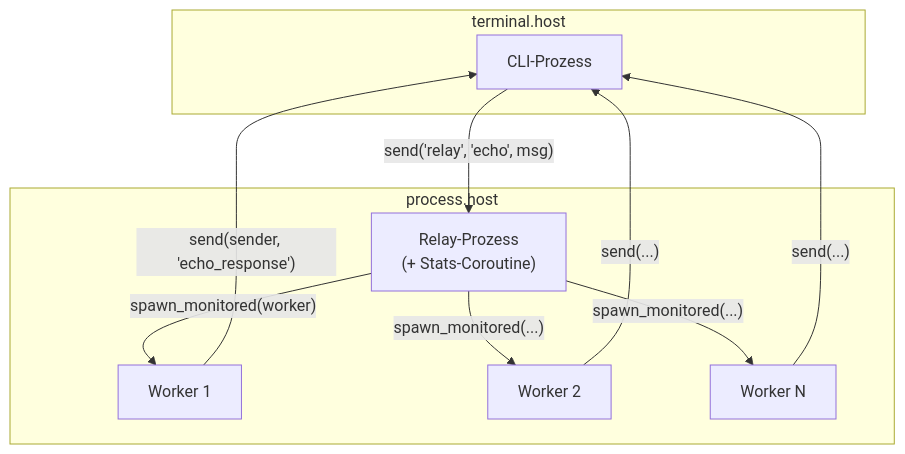
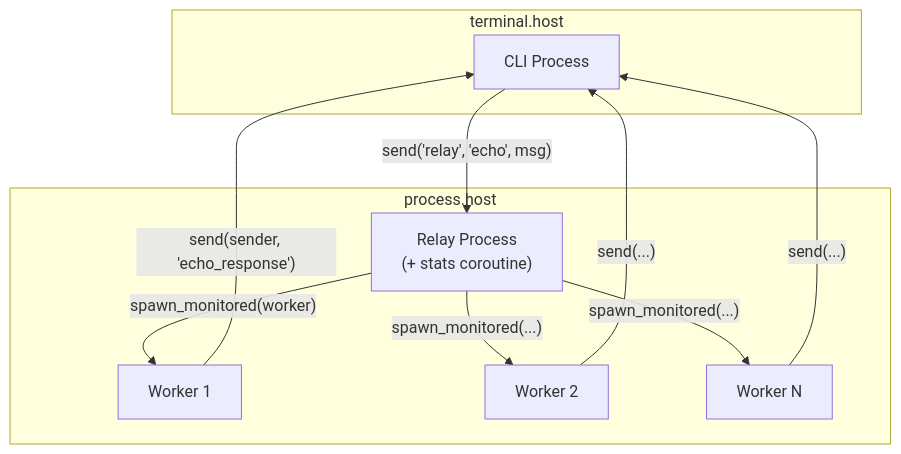
One commit to wippyai/docs changed the diagram in de/tutorials/echo-service.md. Above: the diagram before and after it, drawn with Mermaid. The commit also changed other lines of this file and 870 other files, not shown here.

````diff
--- a/de/tutorials/echo-service.md
+++ b/de/tutorials/echo-service.md
@@ -23,21 +41,21 @@
 ```mermaid
 flowchart TB
     subgraph terminal["terminal.host"]
-        CLI["CLI-Prozess"]
+        CLI["CLI Process"]
     end
 
     subgraph processes["process.host"]
-        Relay["Relay-Prozess<br/>(+ Stats-Coroutine)"]
+        Relay["Relay Process<br/>(+ stats coroutine)"]
         W1["Worker 1"]
         W2["Worker 2"]
         W3["Worker N"]
     end
 
     CLI -->|"send('relay', 'echo', msg)"| Relay
     Relay -->|"spawn_monitored(worker)"| W1
     Relay -->|"spawn_monitored(...)"| W2
     Relay -->|"spawn_monitored(...)"| W3
     W1 -->|"send(sender, 'echo_response')"| CLI
     W2 -->|"send(...)"| CLI
     W3 -->|"send(...)"| CLI
 ```
````
